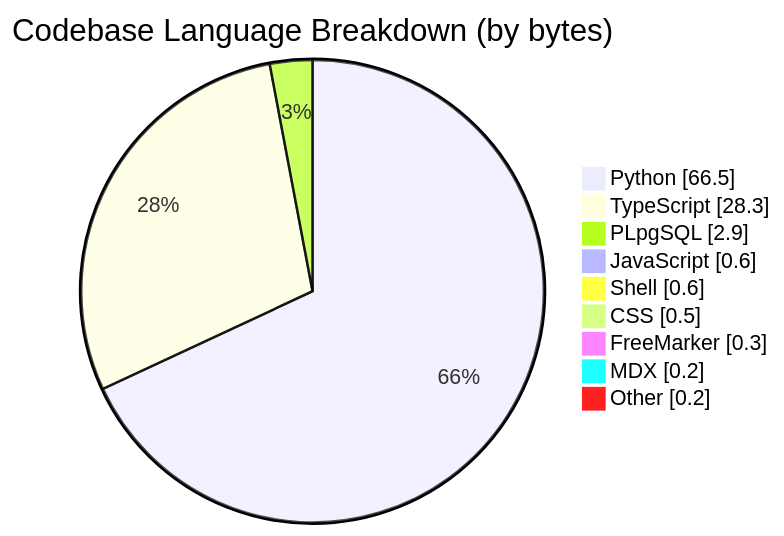
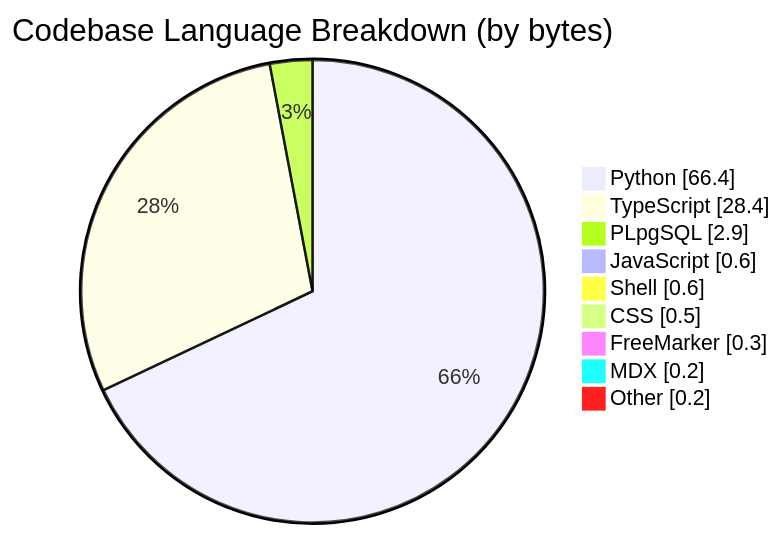
Before and after one commit to CSTH-Projects/.github: the third of 4 diagrams in profile/README.md, drawn with Mermaid. The commit also changed other lines of this file, not shown here.

````diff
--- a/profile/README.md
+++ b/profile/README.md
@@ -63,13 +63,13 @@
 ```mermaid
 pie showData
     title Codebase Language Breakdown (by bytes)
-    "Python" : 66.5
-    "TypeScript" : 28.3
+    "Python" : 66.4
+    "TypeScript" : 28.4
     "PLpgSQL" : 2.9
     "JavaScript" : 0.6
     "Shell" : 0.6
     "CSS" : 0.5
     "FreeMarker" : 0.3
     "MDX" : 0.2
     "Other" : 0.2
 ```
````
